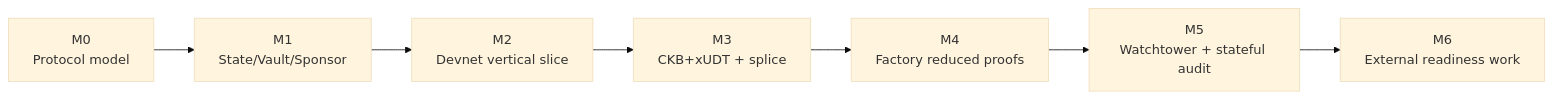
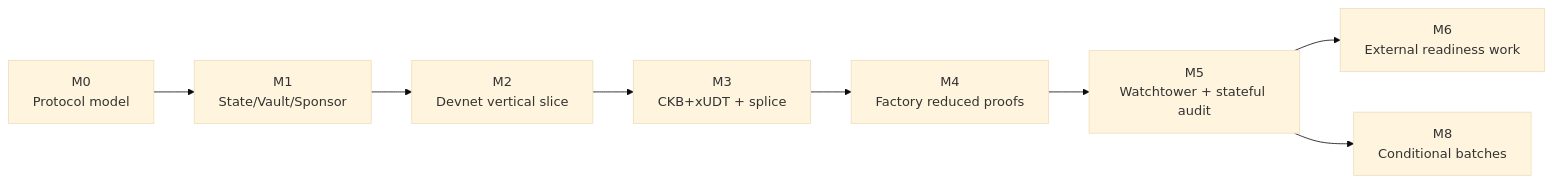
One commit to a19q3/Morph changed the first of 3 diagrams in docs/roadmap.md. Above: the diagram before and after it, drawn with Mermaid (base theme). The commit also changed other lines of this file and 50 other files, not shown here.

````diff
--- a/docs/roadmap.md
+++ b/docs/roadmap.md
@@ -8,9 +8,10 @@
 ```mermaid
 flowchart LR
     M0["M0<br/>Protocol model"] --> M1["M1<br/>State/Vault/Sponsor"]
     M1 --> M2["M2<br/>Devnet vertical slice"]
     M2 --> M3["M3<br/>CKB+xUDT + splice"]
     M3 --> M4["M4<br/>Factory reduced proofs"]
     M4 --> M5["M5<br/>Watchtower + stateful audit"]
     M5 --> M6["M6<br/>External readiness work"]
+    M5 --> M8["M8<br/>Conditional batches"]
 ```
````
